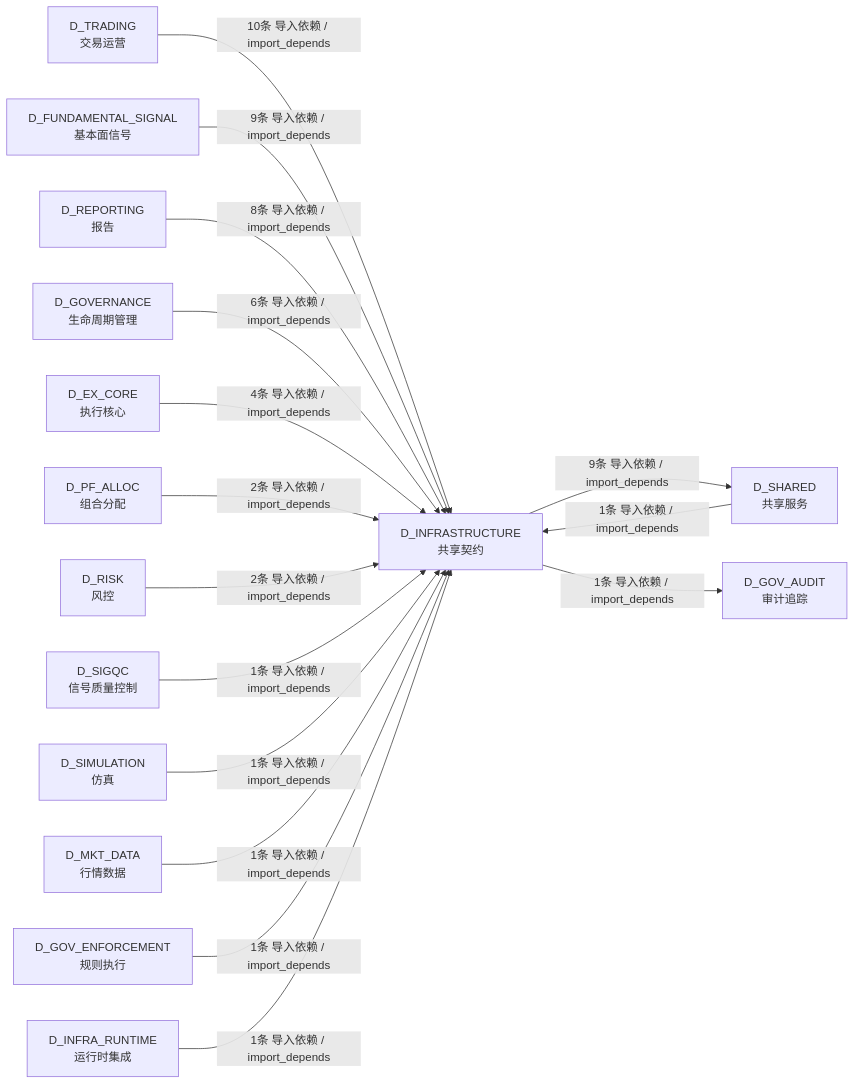
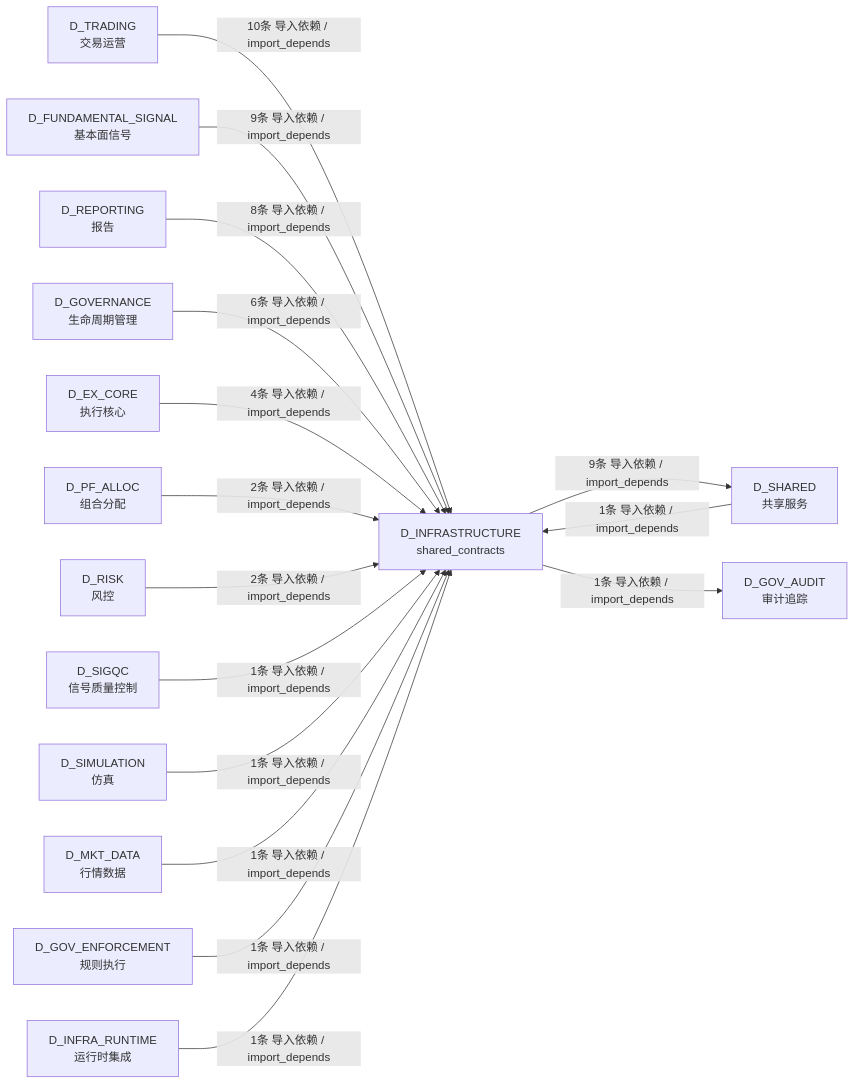
The fourth of 4 diagrams in docs/02_enterprise_architecture/02_domain_architecture_docs/62_d_infrastructure.md (xuanFelixVan/ZephyrAlpha), drawn with Mermaid before and after one commit. The commit also changed other lines of this file and 115 other files, not shown here.

````diff
--- a/docs/02_enterprise_architecture/02_domain_architecture_docs/62_d_infrastructure.md
+++ b/docs/02_enterprise_architecture/02_domain_architecture_docs/62_d_infrastructure.md
@@ -357,33 +356,33 @@
 ```mermaid
 graph LR
-    D_INFRASTRUCTURE["D_INFRASTRUCTURE<br/>共享契约"]
+    D_INFRASTRUCTURE["D_INFRASTRUCTURE<br/>shared_contracts"]
     D_SHARED["D_SHARED<br/>共享服务"]
     D_GOV_AUDIT["D_GOV_AUDIT<br/>审计追踪"]
     D_TRADING["D_TRADING<br/>交易运营"]
     D_FUNDAMENTAL_SIGNAL["D_FUNDAMENTAL_SIGNAL<br/>基本面信号"]
     D_REPORTING["D_REPORTING<br/>报告"]
     D_GOVERNANCE["D_GOVERNANCE<br/>生命周期管理"]
     D_EX_CORE["D_EX_CORE<br/>执行核心"]
     D_PF_ALLOC["D_PF_ALLOC<br/>组合分配"]
     D_RISK["D_RISK<br/>风控"]
     D_SIGQC["D_SIGQC<br/>信号质量控制"]
     D_SIMULATION["D_SIMULATION<br/>仿真"]
     D_MKT_DATA["D_MKT_DATA<br/>行情数据"]
     D_GOV_ENFORCEMENT["D_GOV_ENFORCEMENT<br/>规则执行"]
     D_INFRA_RUNTIME["D_INFRA_RUNTIME<br/>运行时集成"]
     D_INFRASTRUCTURE -->|9条 导入依赖 / import_depends| D_SHARED
     D_INFRASTRUCTURE -->|1条 导入依赖 / import_depends| D_GOV_AUDIT
     D_TRADING -->|10条 导入依赖 / import_depends| D_INFRASTRUCTURE
     D_FUNDAMENTAL_SIGNAL -->|9条 导入依赖 / import_depends| D_INFRASTRUCTURE
     D_REPORTING -->|8条 导入依赖 / import_depends| D_INFRASTRUCTURE
     D_GOVERNANCE -->|6条 导入依赖 / import_depends| D_INFRASTRUCTURE
     D_EX_CORE -->|4条 导入依赖 / import_depends| D_INFRASTRUCTURE
     D_PF_ALLOC -->|2条 导入依赖 / import_depends| D_INFRASTRUCTURE
     D_RISK -->|2条 导入依赖 / import_depends| D_INFRASTRUCTURE
     D_SHARED -->|1条 导入依赖 / import_depends| D_INFRASTRUCTURE
     D_SIGQC -->|1条 导入依赖 / import_depends| D_INFRASTRUCTURE
     D_SIMULATION -->|1条 导入依赖 / import_depends| D_INFRASTRUCTURE
     D_MKT_DATA -->|1条 导入依赖 / import_depends| D_INFRASTRUCTURE
     D_GOV_ENFORCEMENT -->|1条 导入依赖 / import_depends| D_INFRASTRUCTURE
     D_INFRA_RUNTIME -->|1条 导入依赖 / import_depends| D_INFRASTRUCTURE
 ```
````
